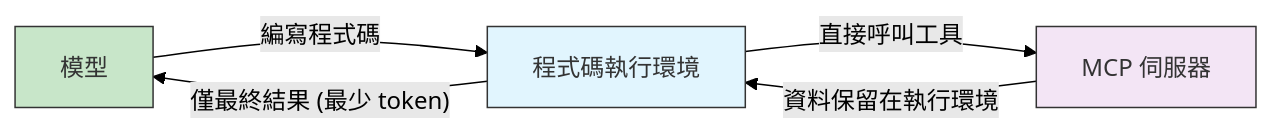
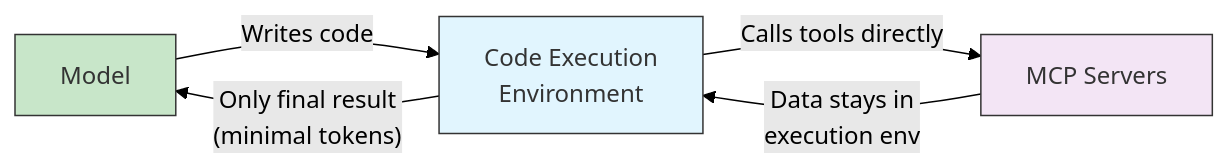
One commit to huckly/claude-howto-zh-tw changed the seventh of 7 diagrams in 05-mcp/README.md. Above: the diagram before and after it, drawn with Mermaid (forest theme). The commit also changed other lines of this file, not shown here.

Commit message:
🔌 05-mcp：MCP Protocol — 同步 v2.1.110

````diff
--- a/05-mcp/README.md
+++ b/05-mcp/README.md
@@ -760,11 +759,11 @@
 ```mermaid
 graph LR
-    A["模型"] -->|"編寫程式碼"| B["程式碼執行環境"]
-    B -->|"直接呼叫工具"| C["MCP 伺服器"]
-    C -->|"資料保留在執行環境"| B
-    B -->|"僅最終結果 (最少 token)"| A
+    A["Model"] -->|"Writes code"| B["Code Execution<br/>Environment"]
+    B -->|"Calls tools directly"| C["MCP Servers"]
+    C -->|"Data stays in<br/>execution env"| B
+    B -->|"Only final result<br/>(minimal tokens)"| A
 
     style A fill:#c8e6c9,stroke:#333,color:#333
     style B fill:#e1f5fe,stroke:#333,color:#333
     style C fill:#f3e5f5,stroke:#333,color:#333
 ```
````
